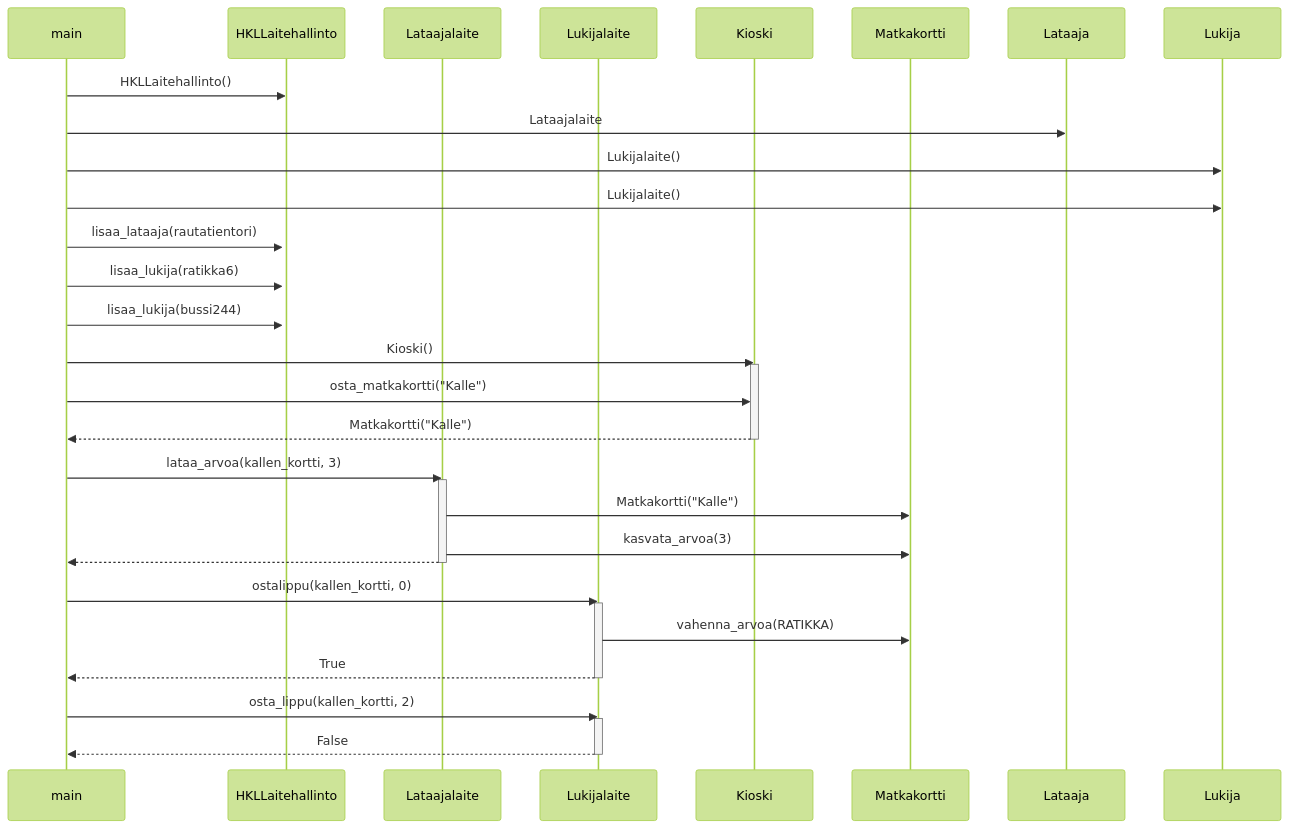
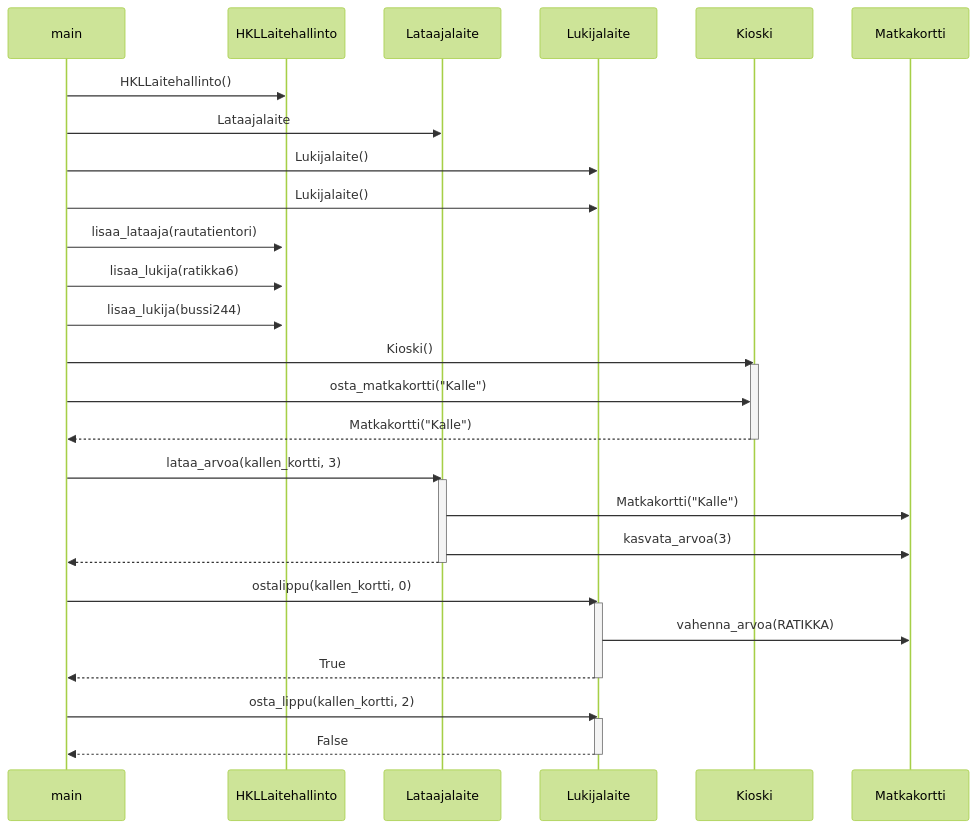
Before and after one commit to brotholi/ot-harjoitustyo: the diagram in laskarit/viikko3/laajempi_sekvenssikaavio.md, drawn with Mermaid (forest theme).

````diff
--- a/laskarit/viikko3/laajempi_sekvenssikaavio.md
+++ b/laskarit/viikko3/laajempi_sekvenssikaavio.md
@@ -3,46 +3,46 @@
 ```mermaid
 sequenceDiagram
   participant main
   participant HKLLaitehallinto
   participant Lataajalaite
   participant Lukijalaite
   participant Kioski
   participant Matkakortti
   
   main->>HKLLaitehallinto: HKLLaitehallinto()
   activate HKLLaitehallinto
-  main->>Lataaja: Lataajalaite
-  main->>Lukija: Lukijalaite()
-  main->>Lukija: Lukijalaite()
+  main->>Lataajalaite: Lataajalaite
+  main->>Lukijalaite: Lukijalaite()
+  main->>Lukijalaite: Lukijalaite()
  
   main->>HKLLaitehallinto: lisaa_lataaja(rautatientori)
   main->>HKLLaitehallinto: lisaa_lukija(ratikka6)
   main->>HKLLaitehallinto: lisaa_lukija(bussi244)
   
   main->>Kioski: Kioski()
   activate Kioski
   main->>Kioski: osta_matkakortti("Kalle")
   Kioski-->>main: Matkakortti("Kalle")
   deactivate Kioski
   
   main->>Lataajalaite: lataa_arvoa(kallen_kortti, 3)
   activate Lataajalaite
   Lataajalaite->>Matkakortti: Matkakortti("Kalle")
   Lataajalaite->>Matkakortti: kasvata_arvoa(3)
   Lataajalaite-->>main:   
   deactivate Lataajalaite
   
   
   main->>Lukijalaite: ostalippu(kallen_kortti, 0)
   activate Lukijalaite
   Lukijalaite->>Matkakortti: vahenna_arvoa(RATIKKA)
   Lukijalaite-->>main: True
   deactivate Lukijalaite
   
   main->>Lukijalaite: osta_lippu(kallen_kortti, 2)
   activate Lukijalaite
   Lukijalaite-->>main: False
   deactivate Lukijalaite
   
   
   ```
````
